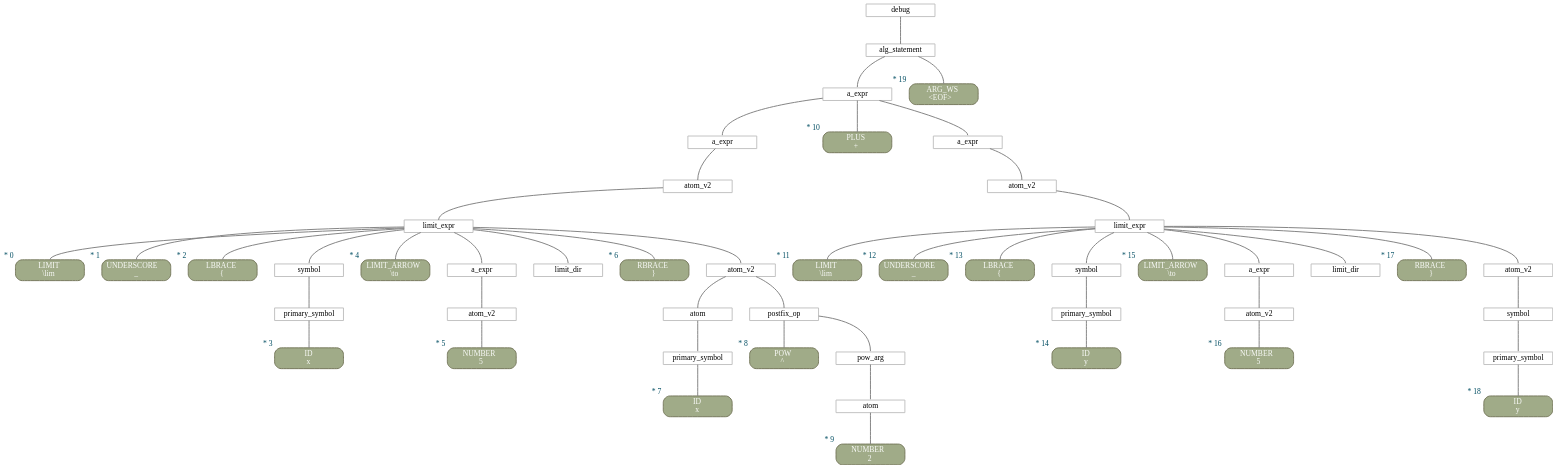
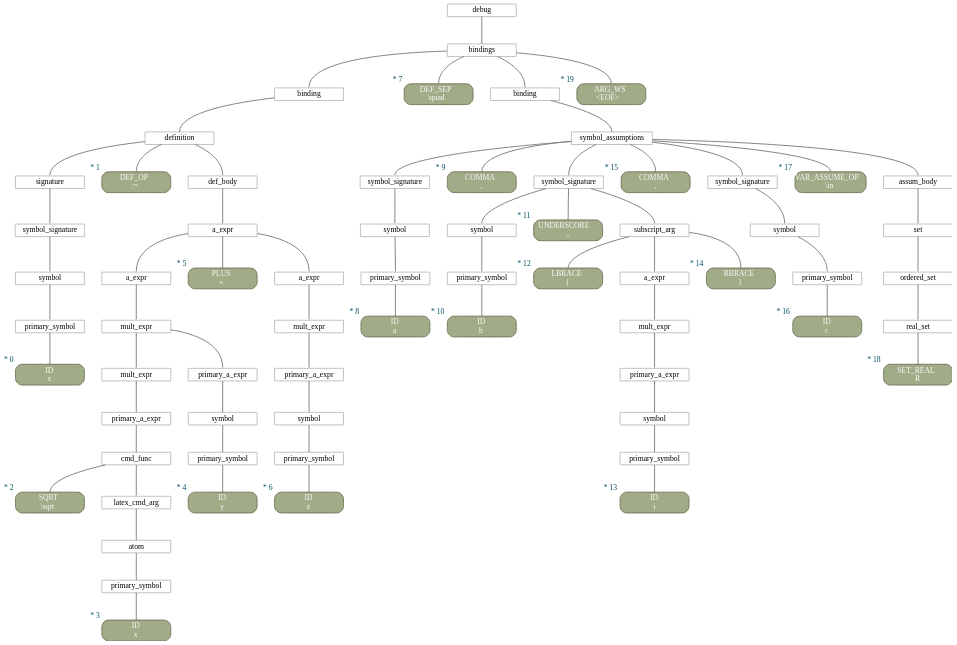
Before and after one commit to zarstensen/obsidian-latex-math: the diagram in lmat-cas-client/out.dot, drawn with Graphviz. The commit also changed 42 other files, not shown here.

```diff
--- a/lmat-cas-client/out.dot
+++ b/lmat-cas-client/out.dot
@@ -1,113 +1,151 @@
 digraph "Parse Tree" {
 rankdir=TB;
 splines=true;
 nodesep=0.45;
 ranksep=0.7;
 pad=0.0;
 ordering=out;
 subgraph {
 node [shape=box, margin="0,0.05", height=0, width=1.75, style=filled, fillcolor="#FFFFFF", color="#C0C0C0", penwidth=1.75];
-4 [label="primary_symbol"];
-5 [label=symbol];
-8 [label="atom_v2"];
-9 [label="a_expr"];
-10 [label="limit_dir"];
-13 [label="primary_symbol"];
-14 [label=atom];
-17 [label=atom];
-18 [label="pow_arg"];
-19 [label="postfix_op"];
-20 [label="atom_v2"];
-21 [label="limit_expr"];
-22 [label="atom_v2"];
-23 [label="a_expr"];
-29 [label="primary_symbol"];
-30 [label=symbol];
-33 [label="atom_v2"];
-34 [label="a_expr"];
-35 [label="limit_dir"];
+1 [label="primary_symbol"];
+2 [label=symbol];
+3 [label="symbol_signature"];
+4 [label=signature];
+8 [label="primary_symbol"];
+9 [label=atom];
+10 [label="latex_cmd_arg"];
+11 [label="cmd_func"];
+12 [label="primary_a_expr"];
+13 [label="mult_expr"];
+15 [label="primary_symbol"];
+16 [label=symbol];
+17 [label="primary_a_expr"];
+18 [label="mult_expr"];
+19 [label="a_expr"];
+22 [label="primary_symbol"];
+23 [label=symbol];
+24 [label="primary_a_expr"];
+25 [label="mult_expr"];
+26 [label="a_expr"];
+27 [label="a_expr"];
+28 [label="def_body"];
+29 [label=definition];
+30 [label=binding];
+33 [label="primary_symbol"];
+34 [label=symbol];
+35 [label="symbol_signature"];
 38 [label="primary_symbol"];
 39 [label=symbol];
-40 [label="atom_v2"];
-41 [label="limit_expr"];
-42 [label="atom_v2"];
-43 [label="a_expr"];
-44 [label="a_expr"];
-46 [label="alg_statement"];
-47 [label=debug];
+43 [label="primary_symbol"];
+44 [label=symbol];
+45 [label="primary_a_expr"];
+46 [label="mult_expr"];
+47 [label="a_expr"];
+49 [label="subscript_arg"];
+50 [label="symbol_signature"];
+53 [label="primary_symbol"];
+54 [label=symbol];
+55 [label="symbol_signature"];
+58 [label="real_set"];
+59 [label="ordered_set"];
+60 [label=set];
+61 [label="assum_body"];
+62 [label="symbol_assumptions"];
+63 [label=binding];
+65 [label=bindings];
+66 [label=debug];
 }
 subgraph {
 node [shape=box, margin="0,0.05", height=0, width=1.75, style="filled,rounded", fillcolor="#A0AB88", color="#75775B", penwidth=1.75, fontcolor="#FAFBF9"];
-0 [label=<LIMIT<br/><font fontname="monospace">\lim</font>>, xlabel=<<font color="#004D62">* 0</font>>];
-1 [label=<UNDERSCORE<br/><font fontname="monospace">_</font>>, xlabel=<<font color="#004D62">* 1</font>>];
-2 [label=<LBRACE<br/><font fontname="monospace">{</font>>, xlabel=<<font color="#004D62">* 2</font>>];
-3 [label=<ID<br/><font fontname="monospace">x</font>>, xlabel=<<font color="#004D62">* 3</font>>];
-6 [label=<LIMIT_ARROW<br/><font fontname="monospace">\to</font>>, xlabel=<<font color="#004D62">* 4</font>>];
-7 [label=<NUMBER<br/><font fontname="monospace">5</font>>, xlabel=<<font color="#004D62">* 5</font>>];
-11 [label=<RBRACE<br/><font fontname="monospace">}</font>>, xlabel=<<font color="#004D62">* 6</font>>];
-12 [label=<ID<br/><font fontname="monospace">x</font>>, xlabel=<<font color="#004D62">* 7</font>>];
-15 [label=<POW<br/><font fontname="monospace">^</font>>, xlabel=<<font color="#004D62">* 8</font>>];
-16 [label=<NUMBER<br/><font fontname="monospace">2</font>>, xlabel=<<font color="#004D62">* 9</font>>];
-24 [label=<PLUS<br/><font fontname="monospace">+</font>>, xlabel=<<font color="#004D62">* 10</font>>];
-25 [label=<LIMIT<br/><font fontname="monospace">\lim</font>>, xlabel=<<font color="#004D62">* 11</font>>];
-26 [label=<UNDERSCORE<br/><font fontname="monospace">_</font>>, xlabel=<<font color="#004D62">* 12</font>>];
-27 [label=<LBRACE<br/><font fontname="monospace">{</font>>, xlabel=<<font color="#004D62">* 13</font>>];
-28 [label=<ID<br/><font fontname="monospace">y</font>>, xlabel=<<font color="#004D62">* 14</font>>];
-31 [label=<LIMIT_ARROW<br/><font fontname="monospace">\to</font>>, xlabel=<<font color="#004D62">* 15</font>>];
-32 [label=<NUMBER<br/><font fontname="monospace">5</font>>, xlabel=<<font color="#004D62">* 16</font>>];
-36 [label=<RBRACE<br/><font fontname="monospace">}</font>>, xlabel=<<font color="#004D62">* 17</font>>];
-37 [label=<ID<br/><font fontname="monospace">y</font>>, xlabel=<<font color="#004D62">* 18</font>>];
-45 [label=<ARG_WS<br/><font fontname="monospace">&lt;EOF&gt;</font>>, xlabel=<<font color="#004D62">* 19</font>>];
+0 [label=<ID<br/><font fontname="monospace">x</font>>, xlabel=<<font color="#004D62">* 0</font>>];
+5 [label=<DEF_OP<br/><font fontname="monospace">:=</font>>, xlabel=<<font color="#004D62">* 1</font>>];
+6 [label=<SQRT<br/><font fontname="monospace">\sqrt</font>>, xlabel=<<font color="#004D62">* 2</font>>];
+7 [label=<ID<br/><font fontname="monospace">x</font>>, xlabel=<<font color="#004D62">* 3</font>>];
+14 [label=<ID<br/><font fontname="monospace">y</font>>, xlabel=<<font color="#004D62">* 4</font>>];
+20 [label=<PLUS<br/><font fontname="monospace">+</font>>, xlabel=<<font color="#004D62">* 5</font>>];
+21 [label=<ID<br/><font fontname="monospace">z</font>>, xlabel=<<font color="#004D62">* 6</font>>];
+31 [label=<DEF_SEP<br/><font fontname="monospace">\quad</font>>, xlabel=<<font color="#004D62">* 7</font>>];
+32 [label=<ID<br/><font fontname="monospace">a</font>>, xlabel=<<font color="#004D62">* 8</font>>];
+36 [label=<COMMA<br/><font fontname="monospace">,</font>>, xlabel=<<font color="#004D62">* 9</font>>];
+37 [label=<ID<br/><font fontname="monospace">b</font>>, xlabel=<<font color="#004D62">* 10</font>>];
+40 [label=<UNDERSCORE<br/><font fontname="monospace">_</font>>, xlabel=<<font color="#004D62">* 11</font>>];
+41 [label=<LBRACE<br/><font fontname="monospace">{</font>>, xlabel=<<font color="#004D62">* 12</font>>];
+42 [label=<ID<br/><font fontname="monospace">i</font>>, xlabel=<<font color="#004D62">* 13</font>>];
+48 [label=<RBRACE<br/><font fontname="monospace">}</font>>, xlabel=<<font color="#004D62">* 14</font>>];
+51 [label=<COMMA<br/><font fontname="monospace">,</font>>, xlabel=<<font color="#004D62">* 15</font>>];
+52 [label=<ID<br/><font fontname="monospace">c</font>>, xlabel=<<font color="#004D62">* 16</font>>];
+56 [label=<VAR_ASSUME_OP<br/><font fontname="monospace">\in</font>>, xlabel=<<font color="#004D62">* 17</font>>];
+57 [label=<SET_REAL<br/><font fontname="monospace">R</font>>, xlabel=<<font color="#004D62">* 18</font>>];
+64 [label=<ARG_WS<br/><font fontname="monospace">&lt;EOF&gt;</font>>, xlabel=<<font color="#004D62">* 19</font>>];
 }
 subgraph {
 node [shape=box, margin="0,0.05", height=0, width=1.75, style="filled,rounded", fillcolor="#DD8F7D", color="#BC6A7A", penwidth=1.75, fontcolor="#FAFBF9"];
 }
 edge [arrowhead=none, headport=n, color="#808080", penwidth=1.75];
+1 -> 0;
+2 -> 1;
+3 -> 2;
 4 -> 3;
-5 -> 4;
 8 -> 7;
 9 -> 8;
+10 -> 9;
+11 -> 6;
+11 -> 10;
+12 -> 11;
 13 -> 12;
-14 -> 13;
+15 -> 14;
+16 -> 15;
 17 -> 16;
+18 -> 13;
 18 -> 17;
-19 -> 15;
 19 -> 18;
-20 -> 14;
-20 -> 19;
-21 -> 0;
-21 -> 1;
-21 -> 2;
-21 -> 5;
-21 -> 6;
-21 -> 9;
-21 -> 10;
-21 -> 11;
-21 -> 20;
 22 -> 21;
 23 -> 22;
+24 -> 23;
+25 -> 24;
+26 -> 25;
+27 -> 19;
+27 -> 20;
+27 -> 26;
+28 -> 27;
+29 -> 4;
+29 -> 5;
 29 -> 28;
 30 -> 29;
 33 -> 32;
 34 -> 33;
+35 -> 34;
 38 -> 37;
 39 -> 38;
-40 -> 39;
-41 -> 25;
-41 -> 26;
-41 -> 27;
-41 -> 30;
-41 -> 31;
-41 -> 34;
-41 -> 35;
-41 -> 36;
-41 -> 40;
-42 -> 41;
 43 -> 42;
-44 -> 23;
-44 -> 24;
 44 -> 43;
-46 -> 44;
+45 -> 44;
 46 -> 45;
 47 -> 46;
+49 -> 41;
+49 -> 47;
+49 -> 48;
+50 -> 39;
+50 -> 40;
+50 -> 49;
+53 -> 52;
+54 -> 53;
+55 -> 54;
+58 -> 57;
+59 -> 58;
+60 -> 59;
+61 -> 60;
+62 -> 35;
+62 -> 36;
+62 -> 50;
+62 -> 51;
+62 -> 55;
+62 -> 56;
+62 -> 61;
+63 -> 62;
+65 -> 30;
+65 -> 31;
+65 -> 63;
+65 -> 64;
+66 -> 65;
 }
```
